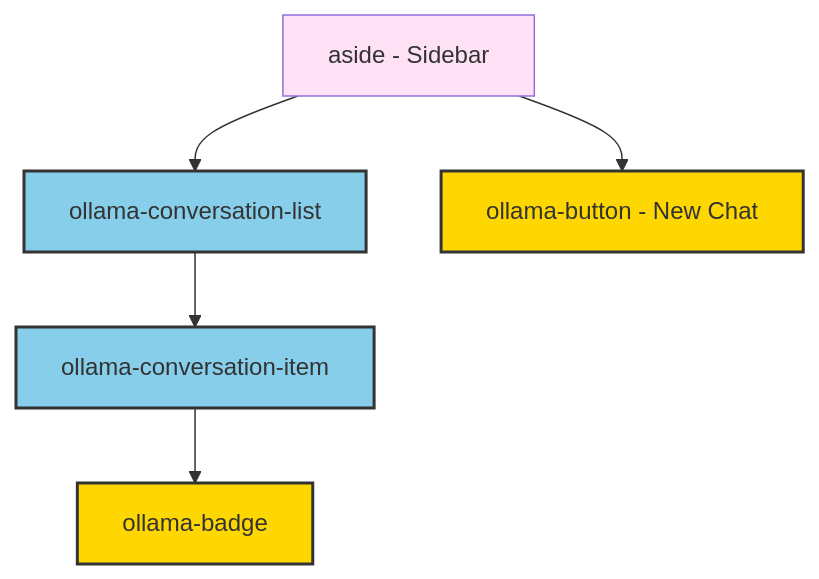
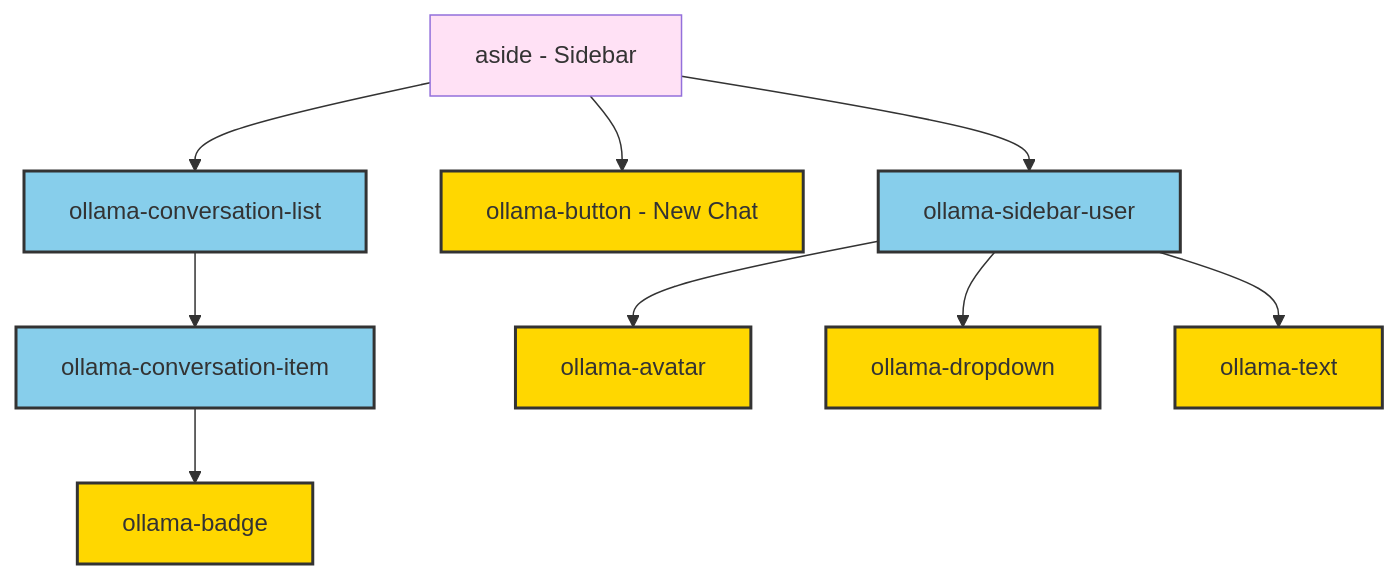
One commit to Gr8Gatsby/ollama-chat changed the third of 10 diagrams in docs/development.md. Above: the diagram before and after it, drawn with Mermaid. The commit also changed other lines of this file and 12 other files, not shown here.

First line of the commit message:
feat: align sidebar user menu + docs hierarchy

````diff
--- a/docs/development.md
+++ b/docs/development.md
@@ -136,15 +139,19 @@
 ```mermaid
 graph TD
     C[aside - Sidebar] --> C1[ollama-conversation-list]
     C1 --> C2[ollama-conversation-item]
     C2 --> C3[ollama-badge]
     C --> C4[ollama-button - New Chat]
+    C --> C5[ollama-sidebar-user]
+    C5 --> C6[ollama-avatar]
+    C5 --> C7[ollama-dropdown]
+    C5 --> C8[ollama-text]
     
     style C fill:#ffe1f5
     
     classDef baseComponent fill:#ffd700,stroke:#333,stroke-width:2px
     classDef featureComponent fill:#87ceeb,stroke:#333,stroke-width:2px
     
-    class C1,C2 featureComponent
-    class C3,C4 baseComponent
+    class C1,C2,C5 featureComponent
+    class C3,C4,C6,C7,C8 baseComponent
 ```
````
